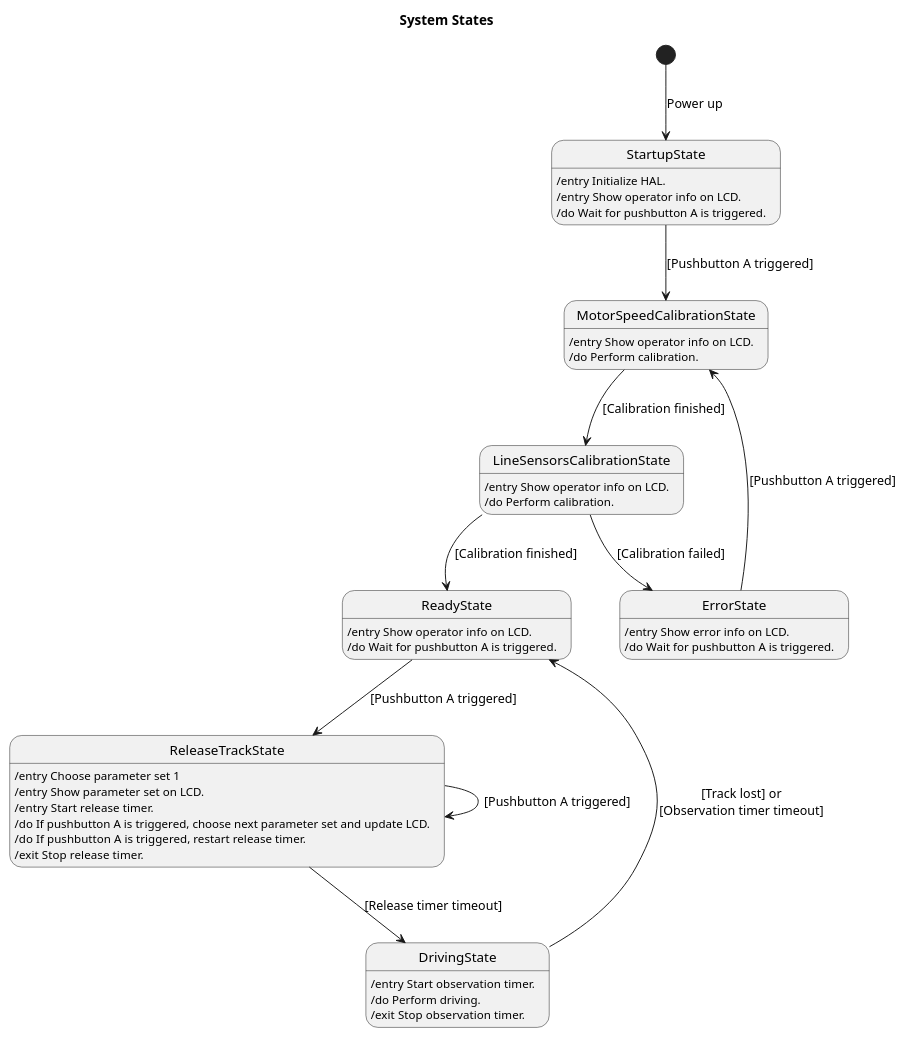
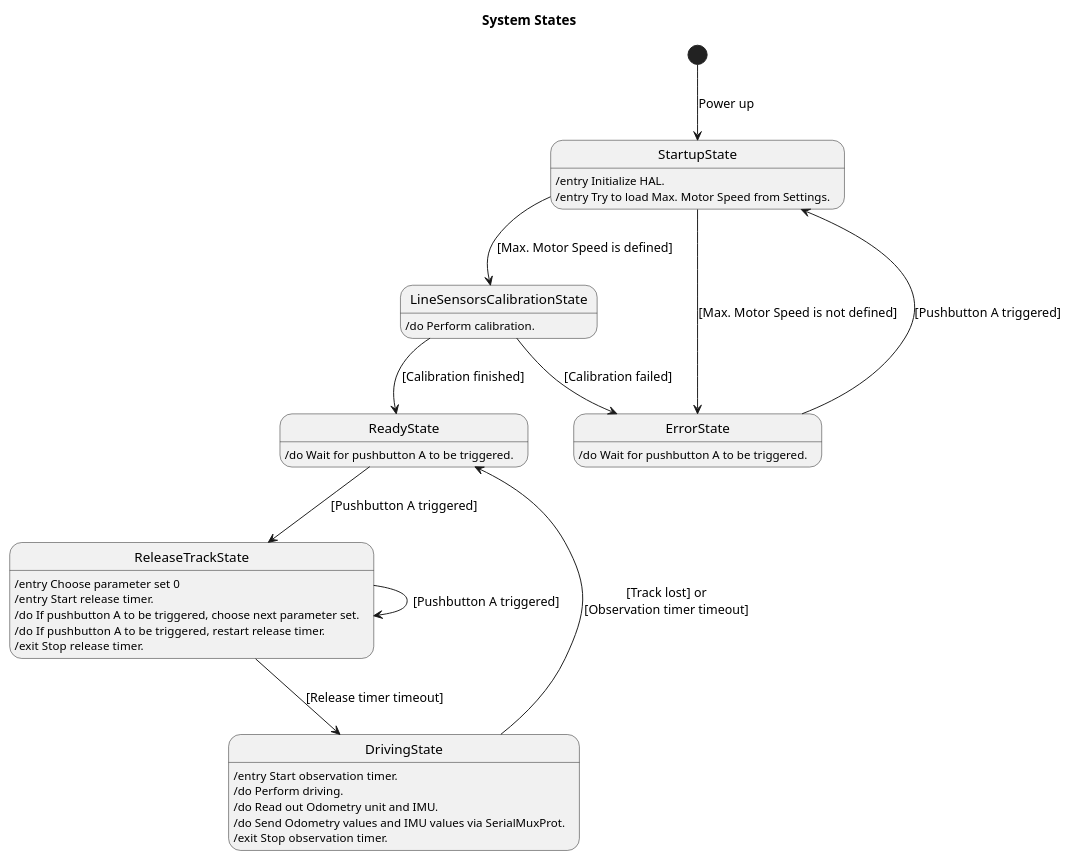
The diagram in doc/architecture/uml/ProcessView/SensorFusion/SystemStates.puml (BlueAndi/RadonUlzer), drawn with PlantUML before and after one commit. The commit also changed 1 other file, not shown here.

Commit message:
Updated Documentation of Sensor Fusion App

```diff
--- a/doc/architecture/uml/ProcessView/SensorFusion/SystemStates.puml
+++ b/doc/architecture/uml/ProcessView/SensorFusion/SystemStates.puml
@@ -1,43 +1,37 @@
-@startuml
+@startuml SensorFusionSystemStates
 
 title System States
 
 state StartupState: /entry Initialize HAL.
-state StartupState: /entry Show operator info on LCD.
-state StartupState: /do Wait for pushbutton A is triggered.
+state StartupState: /entry Try to load Max. Motor Speed from Settings.
 
-state MotorSpeedCalibrationState: /entry Show operator info on LCD.
-state MotorSpeedCalibrationState: /do Perform calibration.
-
-state LineSensorsCalibrationState: /entry Show operator info on LCD.
 state LineSensorsCalibrationState: /do Perform calibration.
 
-state ErrorState: /entry Show error info on LCD.
-state ErrorState: /do Wait for pushbutton A is triggered.
+state ErrorState: /do Wait for pushbutton A to be triggered.
 
-state ReadyState: /entry Show operator info on LCD.
-state ReadyState: /do Wait for pushbutton A is triggered.
+state ReadyState: /do Wait for pushbutton A to be triggered.
 
-state ReleaseTrackState: /entry Choose parameter set 1
-state ReleaseTrackState: /entry Show parameter set on LCD.
+state ReleaseTrackState: /entry Choose parameter set 0
 state ReleaseTrackState: /entry Start release timer.
-state ReleaseTrackState: /do If pushbutton A is triggered, choose next parameter set and update LCD.
-state ReleaseTrackState: /do If pushbutton A is triggered, restart release timer.
+state ReleaseTrackState: /do If pushbutton A to be triggered, choose next parameter set.
+state ReleaseTrackState: /do If pushbutton A to be triggered, restart release timer.
 state ReleaseTrackState: /exit Stop release timer.
 
 state DrivingState: /entry Start observation timer.
 state DrivingState: /do Perform driving.
+state DrivingState: /do Read out Odometry unit and IMU.
+state DrivingState: /do Send Odometry values and IMU values via SerialMuxProt.
 state DrivingState: /exit Stop observation timer.
 
 [*] --> StartupState: Power up
-StartupState --> MotorSpeedCalibrationState: [Pushbutton A triggered]
-MotorSpeedCalibrationState --> LineSensorsCalibrationState: [Calibration finished]
+StartupState --> LineSensorsCalibrationState: [Max. Motor Speed is defined]
+StartupState --> ErrorState: [Max. Motor Speed is not defined]
 LineSensorsCalibrationState --> ReadyState: [Calibration finished]
 LineSensorsCalibrationState --> ErrorState: [Calibration failed]
 ReadyState --> ReleaseTrackState: [Pushbutton A triggered]
 ReleaseTrackState --> DrivingState: [Release timer timeout]
 ReleaseTrackState --> ReleaseTrackState: [Pushbutton A triggered]
 DrivingState --> ReadyState: [Track lost] or\n[Observation timer timeout]
-ErrorState --> MotorSpeedCalibrationState: [Pushbutton A triggered]
+ErrorState --> StartupState: [Pushbutton A triggered]
 
 @enduml
```
